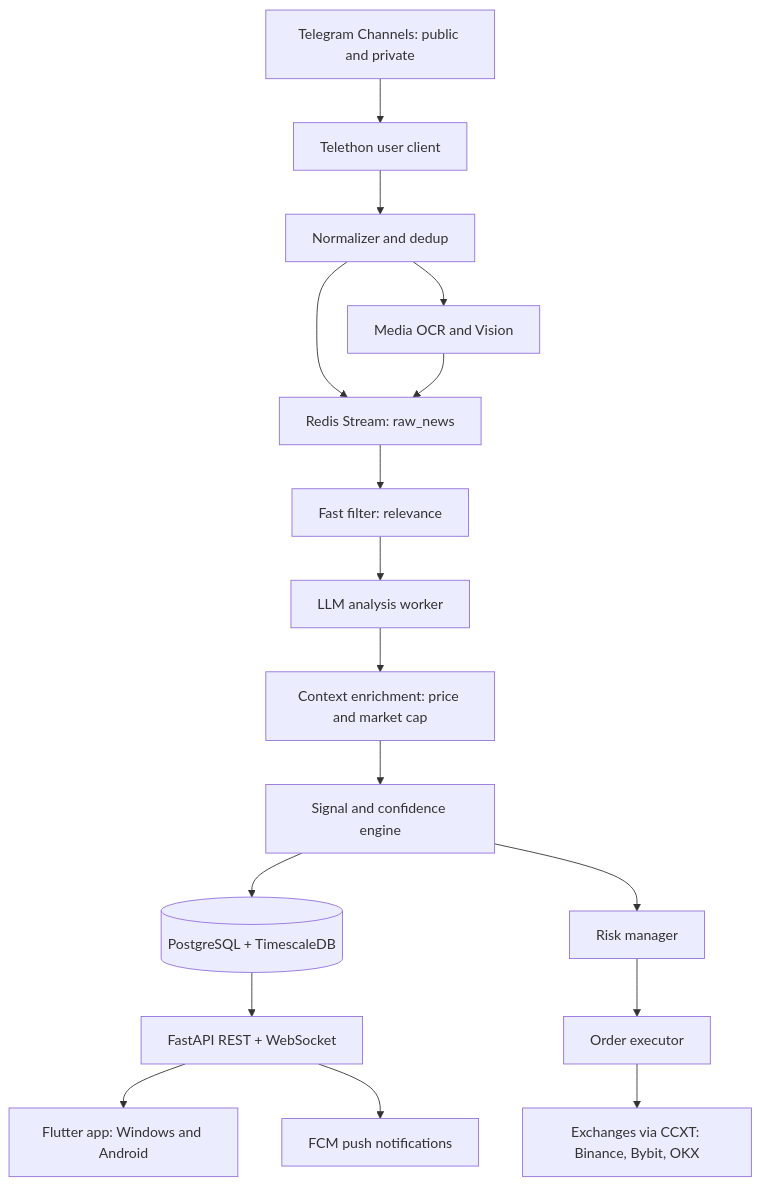
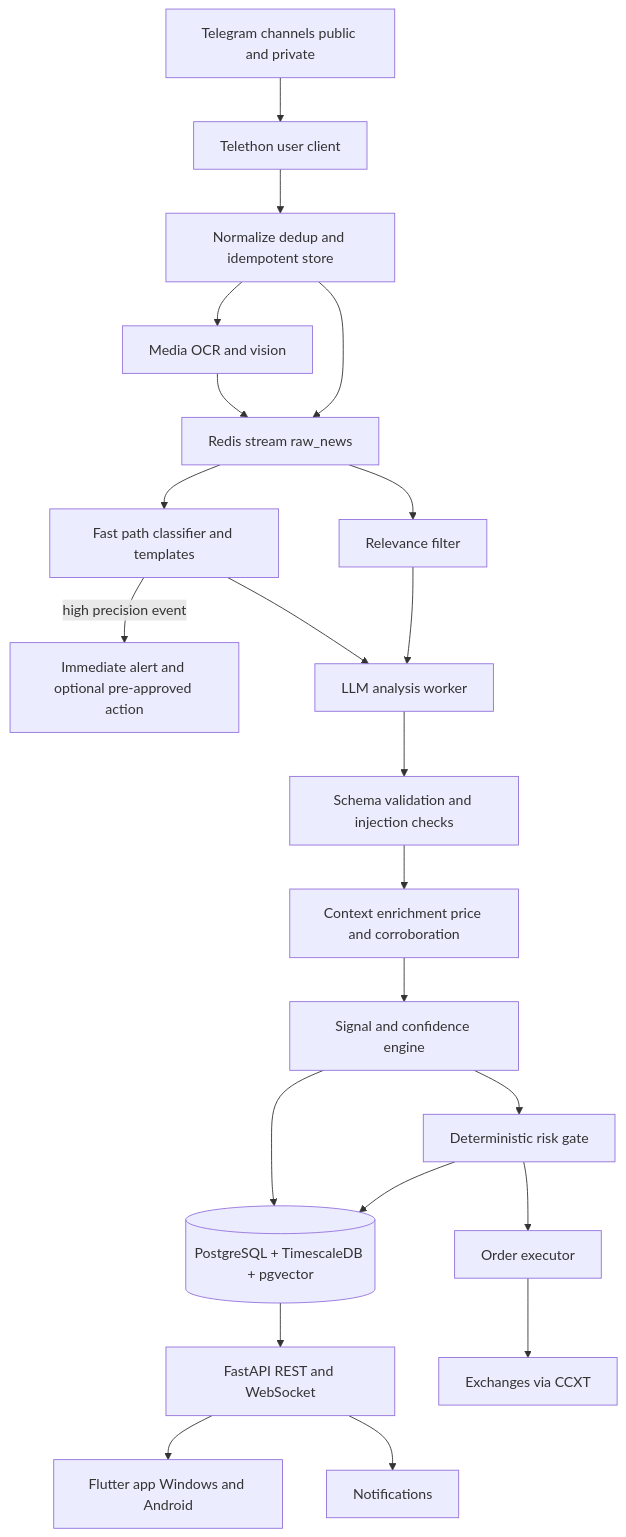
Before and after one commit to mmshamlurad404-netizen/newstrade1: the diagram in docs/01-overview-and-architecture.md, drawn with Mermaid. The commit also changed other lines of this file and 10 other files, not shown here.

````diff
--- a/docs/01-overview-and-architecture.md
+++ b/docs/01-overview-and-architecture.md
@@ -34,19 +82,24 @@
 ```mermaid
 flowchart TD
-    CH["Telegram Channels: public and private"] --> CL["Telethon user client"]
-    CL --> NORM["Normalizer and dedup"]
-    NORM --> MEDIA["Media OCR and Vision"]
-    NORM --> Q["Redis Stream: raw_news"]
+    CH["Telegram channels public and private"] --> CL["Telethon user client"]
+    CL --> NORM["Normalize dedup and idempotent store"]
+    NORM --> MEDIA["Media OCR and vision"]
+    NORM --> Q["Redis stream raw_news"]
     MEDIA --> Q
-    Q --> FILT["Fast filter: relevance"]
+    Q --> FAST["Fast path classifier and templates"]
+    FAST -->|"high precision event"| ALERT["Immediate alert and optional pre-approved action"]
+    Q --> FILT["Relevance filter"]
     FILT --> LLM["LLM analysis worker"]
-    LLM --> ENRICH["Context enrichment: price and market cap"]
+    FAST --> LLM
+    LLM --> VAL["Schema validation and injection checks"]
+    VAL --> ENRICH["Context enrichment price and corroboration"]
     ENRICH --> SIG["Signal and confidence engine"]
-    SIG --> DB[("PostgreSQL + TimescaleDB")]
-    DB --> API["FastAPI REST + WebSocket"]
-    API --> APP["Flutter app: Windows and Android"]
-    SIG --> RISK["Risk manager"]
+    SIG --> RISK["Deterministic risk gate"]
+    RISK --> DB[("PostgreSQL + TimescaleDB + pgvector")]
+    SIG --> DB
+    DB --> API["FastAPI REST and WebSocket"]
+    API --> APP["Flutter app Windows and Android"]
     RISK --> EXEC["Order executor"]
-    EXEC --> EX["Exchanges via CCXT: Binance, Bybit, OKX"]
-    API --> FCM["FCM push notifications"]
+    EXEC --> EX["Exchanges via CCXT"]
+    API --> NOTIFY["Notifications"]
 ```
````
